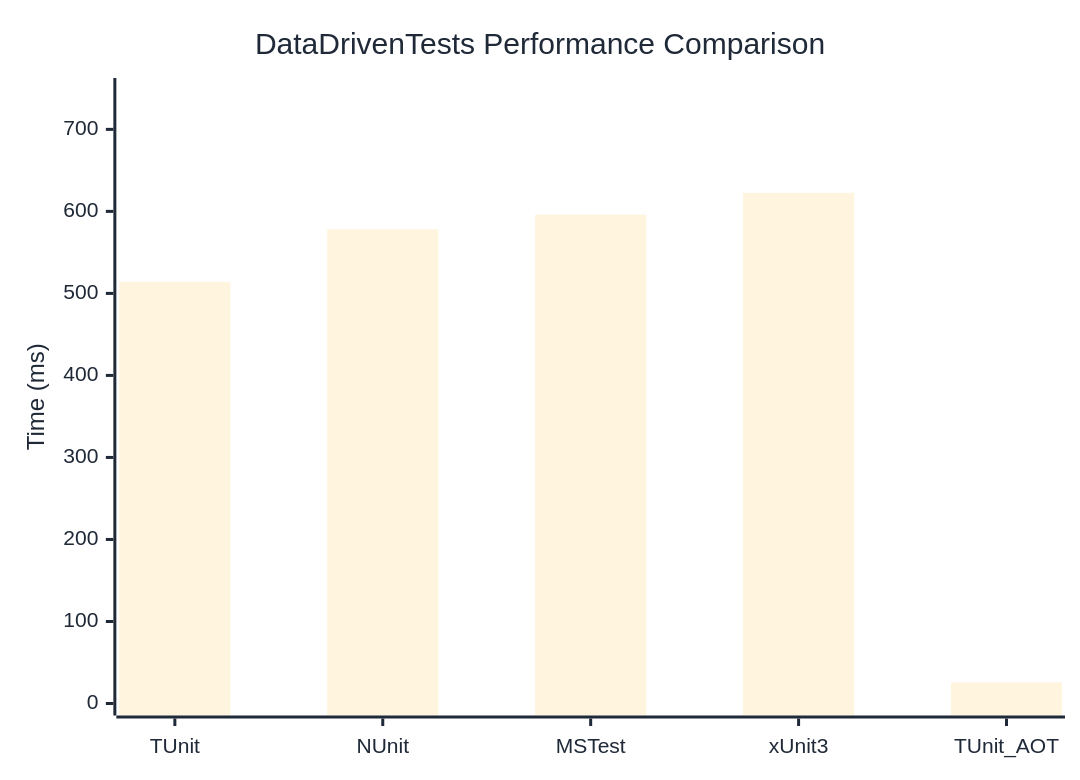
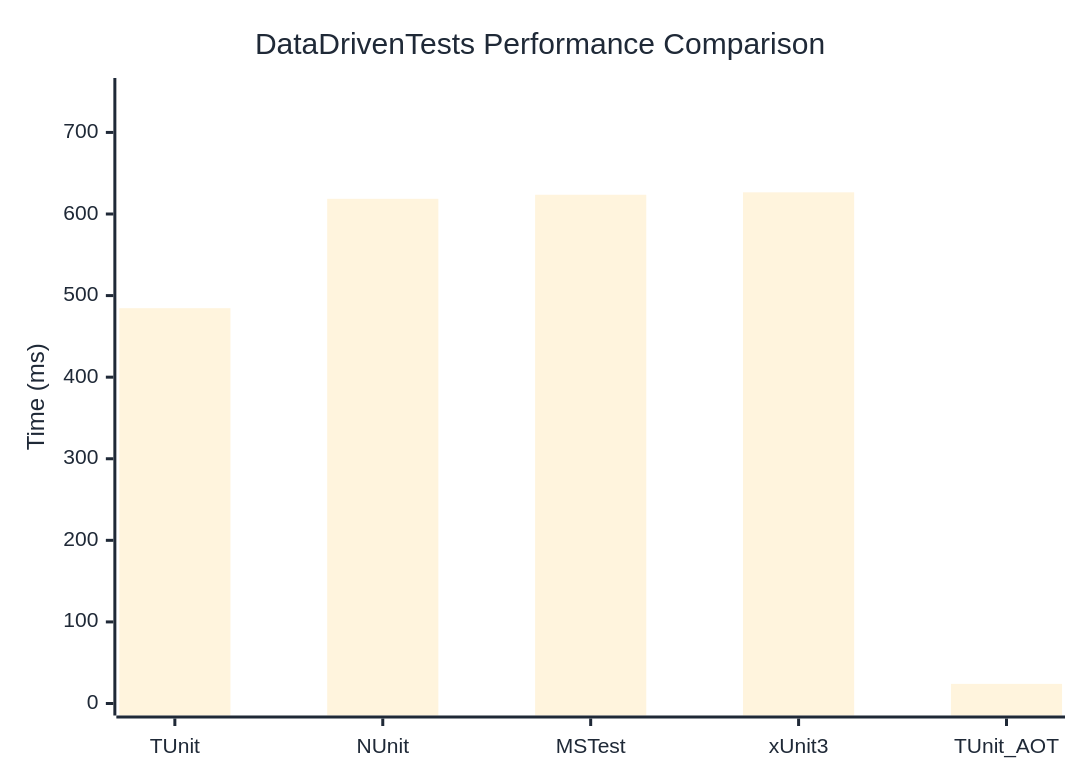
Before and after one commit to thomhurst/TUnit: the diagram in docs/docs/benchmarks/DataDrivenTests.md, drawn with Mermaid. The commit also changed other lines of this file and 17 other files, not shown here.

````diff
--- a/docs/docs/benchmarks/DataDrivenTests.md
+++ b/docs/docs/benchmarks/DataDrivenTests.md
@@ -27,37 +27,37 @@
 ```mermaid
 %%{init: {
   'theme':'base',
   'themeVariables': {
     'primaryColor': '#2563eb',
     'primaryTextColor': '#1f2937',
     'primaryBorderColor': '#1e40af',
     'lineColor': '#6b7280',
     'secondaryColor': '#7c3aed',
     'tertiaryColor': '#dc2626',
     'background': '#ffffff',
     'mainBkg': '#2563eb',
     'secondBkg': '#7c3aed',
     'tertiaryBkg': '#dc2626',
     'clusterBkg': '#f3f4f6',
     'edgeLabelBackground': '#ffffff',
     'tertiaryTextColor': '#1f2937',
     'pie1': '#2563eb',
     'pie2': '#7c3aed',
     'pie3': '#dc2626',
     'pie4': '#f59e0b',
     'pie5': '#10b981',
     'pie6': '#06b6d4',
     'pie7': '#ec4899',
     'pie8': '#6366f1',
     'pie9': '#84cc16',
     'pie10': '#f97316',
     'pie11': '#14b8a6',
     'pie12': '#a855f7'
   }
 }}%%
 xychart-beta
   title "DataDrivenTests Performance Comparison"
   x-axis ["TUnit", "NUnit", "MSTest", "xUnit3", "TUnit_AOT"]
-  y-axis "Time (ms)" 0 --> 748
-  bar [514.13, 578.13, 596.12, 622.62, 25.73]
+  y-axis "Time (ms)" 0 --> 752
+  bar [484.57, 618.61, 623.6, 626.58, 24.07]
 ```
````
